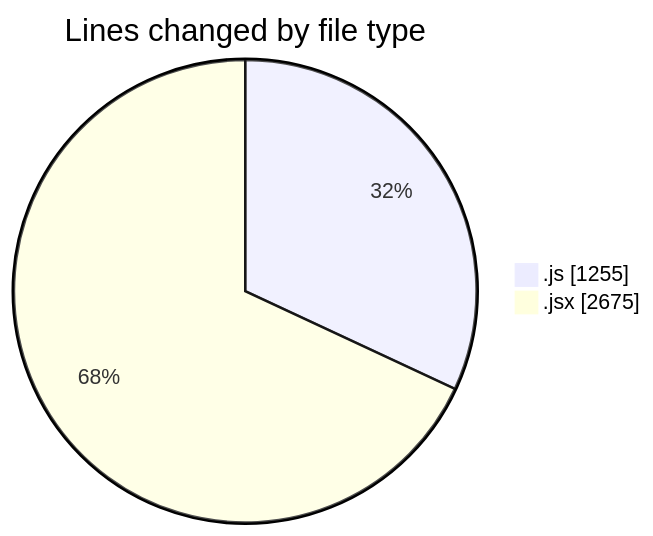
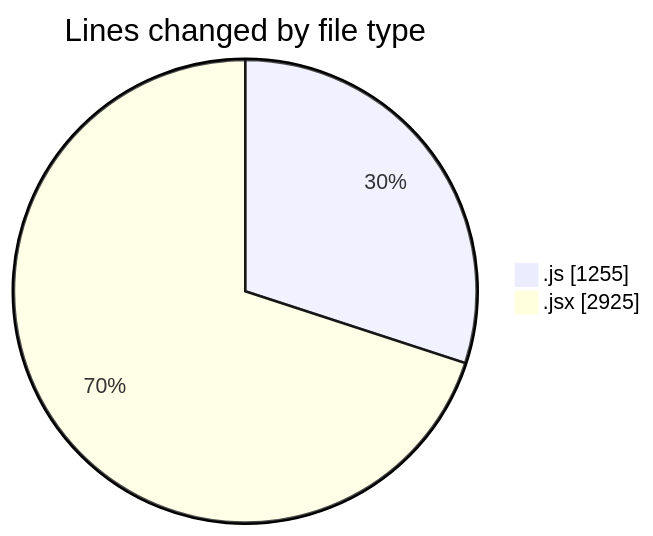
The first of 2 diagrams in 2025-10-10/nxtqube_webapp/README.md (nxtqubesakshisongat/code-tracking), drawn with Mermaid before and after one commit. The commit also changed other lines of this file and 1 other file, not shown here.

````diff
--- a/2025-10-10/nxtqube_webapp/README.md
+++ b/2025-10-10/nxtqube_webapp/README.md
@@ -25,6 +26,6 @@
 ```mermaid
 pie showData
 title Lines changed by file type
 ".js" : 1255
-".jsx" : 2675
+".jsx" : 2925
 ```
````
